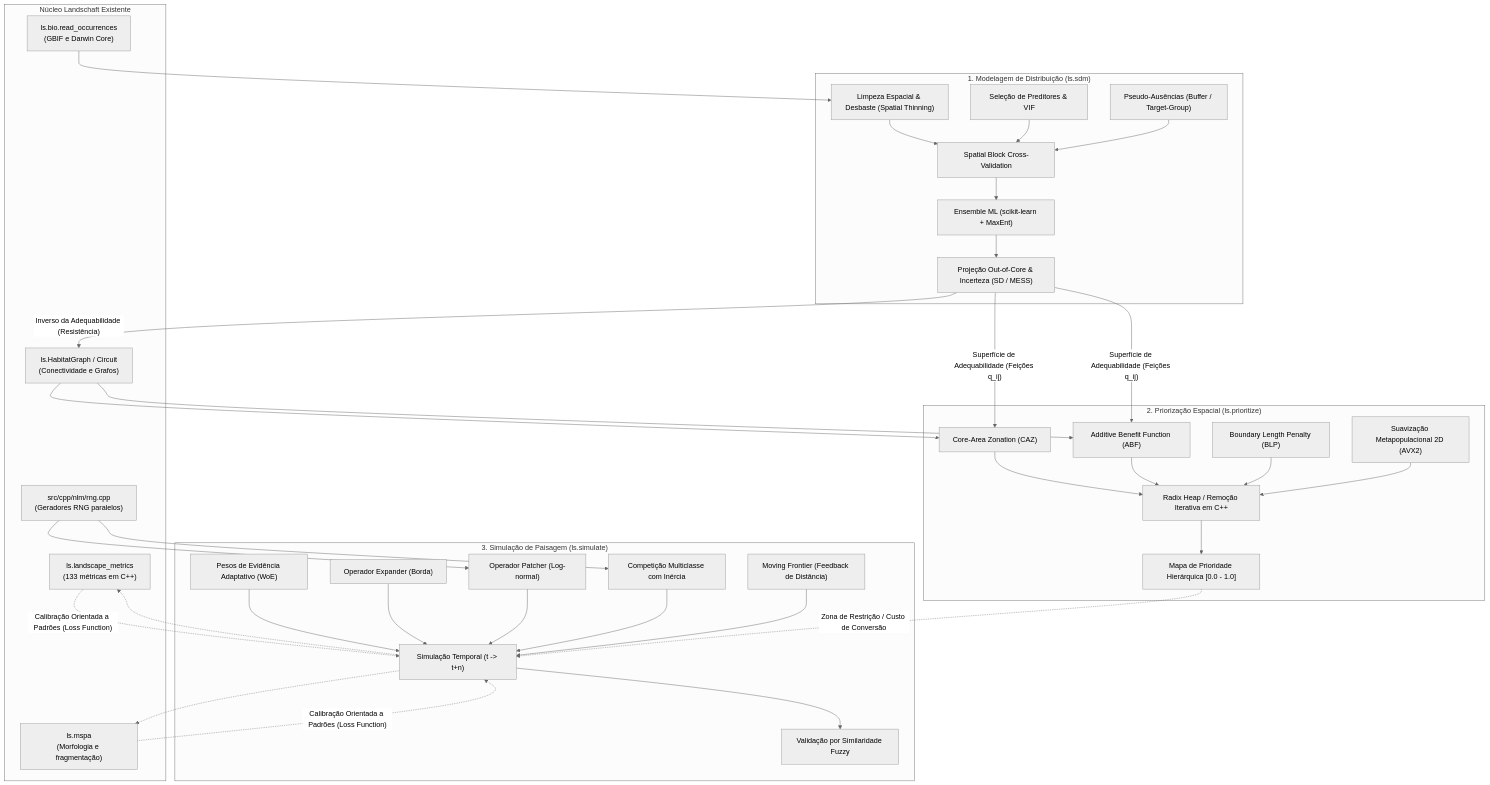
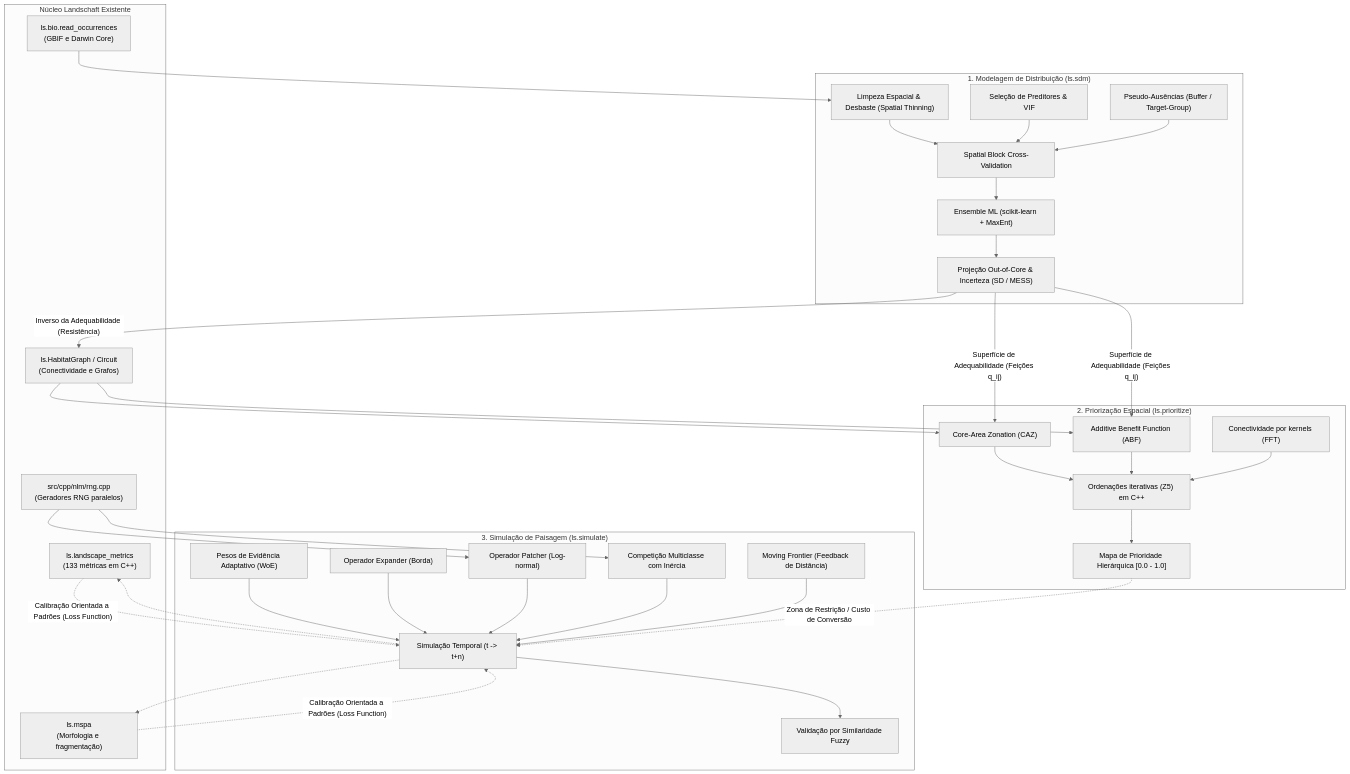
One commit to sacridini/landschaft changed the diagram in IDEAS.md. Above: the diagram before and after it, drawn with Mermaid (neutral theme). The commit also changed other lines of this file and 27 other files, not shown here.

````diff
--- a/IDEAS.md
+++ b/IDEAS.md
@@ -1425,55 +1363,54 @@
 ```mermaid
 flowchart TD
     subgraph landschaft_Core ["Núcleo Landschaft Existente"]
         LSM["ls.landscape_metrics<br>(133 métricas em C++)"]
         MSPA["ls.mspa<br>(Morfologia e fragmentação)"]
         CONN["ls.HabitatGraph / Circuit<br>(Conectividade e Grafos)"]
         RNG["src/cpp/nlm/rng.cpp<br>(Geradores RNG paralelos)"]
         BIO["ls.bio.read_occurrences<br>(GBIF e Darwin Core)"]
     end
 
     subgraph Modulo_SDM ["1. Modelagem de Distribuição (ls.sdm)"]
         CLEAN["Limpeza Espacial & Desbaste (Spatial Thinning)"]
         VIF["Seleção de Preditores & VIF"]
         BG["Pseudo-Ausências (Buffer / Target-Group)"]
         SPAT_CV["Spatial Block Cross-Validation"]
         ENS["Ensemble ML (scikit-learn + MaxEnt)"]
         PROJ["Projeção Out-of-Core & Incerteza (SD / MESS)"]
 
         CLEAN & VIF & BG --> SPAT_CV
         SPAT_CV --> ENS
         ENS --> PROJ
     end
 
     subgraph Modulo_Prioritizacao ["2. Priorização Espacial (ls.prioritize)"]
         CAZ["Core-Area Zonation (CAZ)"]
         ABF["Additive Benefit Function (ABF)"]
-        BLP["Boundary Length Penalty (BLP)"]
-        KERN["Suavização Metapopulacional 2D (AVX2)"]
-        HEAP["Radix Heap / Remoção Iterativa em C++"]
-        
-        CAZ & ABF & BLP & KERN --> HEAP
+        KERN["Conectividade por kernels (FFT)"]
+        HEAP["Ordenações iterativas (Z5) em C++"]
+
+        CAZ & ABF & KERN --> HEAP
         HEAP --> MAP_PRIO["Mapa de Prioridade Hierárquica [0.0 - 1.0]"]
     end
 
     subgraph Modulo_Simulacao ["3. Simulação de Paisagem (ls.simulate)"]
         WOE["Pesos de Evidência Adaptativo (WoE)"]
         CA_EXP["Operador Expander (Borda)"]
         CA_PAT["Operador Patcher (Log-normal)"]
         CARS["Competição Multiclasse com Inércia"]
         MOV_FRONT["Moving Frontier (Feedback de Distância)"]
         
         WOE & CA_EXP & CA_PAT & CARS & MOV_FRONT --> SIM_STEP["Simulação Temporal (t -> t+n)"]
         SIM_STEP --> FUZZY["Validação por Similaridade Fuzzy"]
     end
 
     %% Conexões e Sinergias
     BIO --> CLEAN
     PROJ -->|"Superfície de Adequabilidade (Feições q_ij)"| CAZ & ABF
     PROJ -->|"Inverso da Adequabilidade (Resistência)"| CONN
     RNG --> CA_PAT & CARS
     CONN --> CAZ & ABF
     SIM_STEP -.-> LSM & MSPA
     LSM & MSPA -.->|"Calibração Orientada a Padrões (Loss Function)"| SIM_STEP
     MAP_PRIO -.->|"Zona de Restrição / Custo de Conversão"| SIM_STEP
 ```
````
